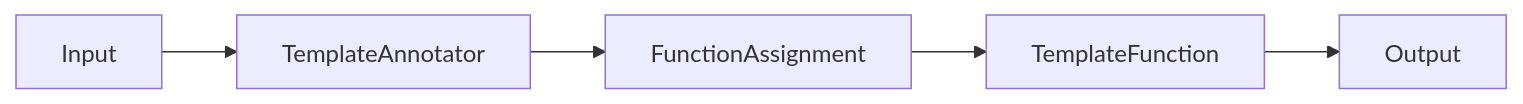
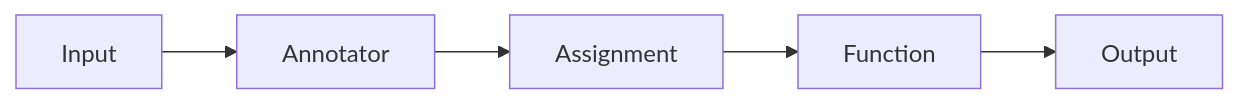
The second of 4 diagrams in doc/README.md (soyastudio/markit), drawn with Mermaid before and after one commit. The commit also changed other lines of this file, not shown here.

````diff
--- a/doc/README.md
+++ b/doc/README.md
@@ -60,13 +59,13 @@
 ```mermaid
 ---
 config:
   htmlLabels: false
 ---
 flowchart LR
     Input
-    TemplateAnnotator
-    FunctionAssignment
-    TemplateFunction
+    Annotator
+    Assignment
+    Function
     Output
-    Input --> TemplateAnnotator --> FunctionAssignment--> TemplateFunction --> Output
+    Input --> Annotator --> Assignment--> Function --> Output
 ```
````
